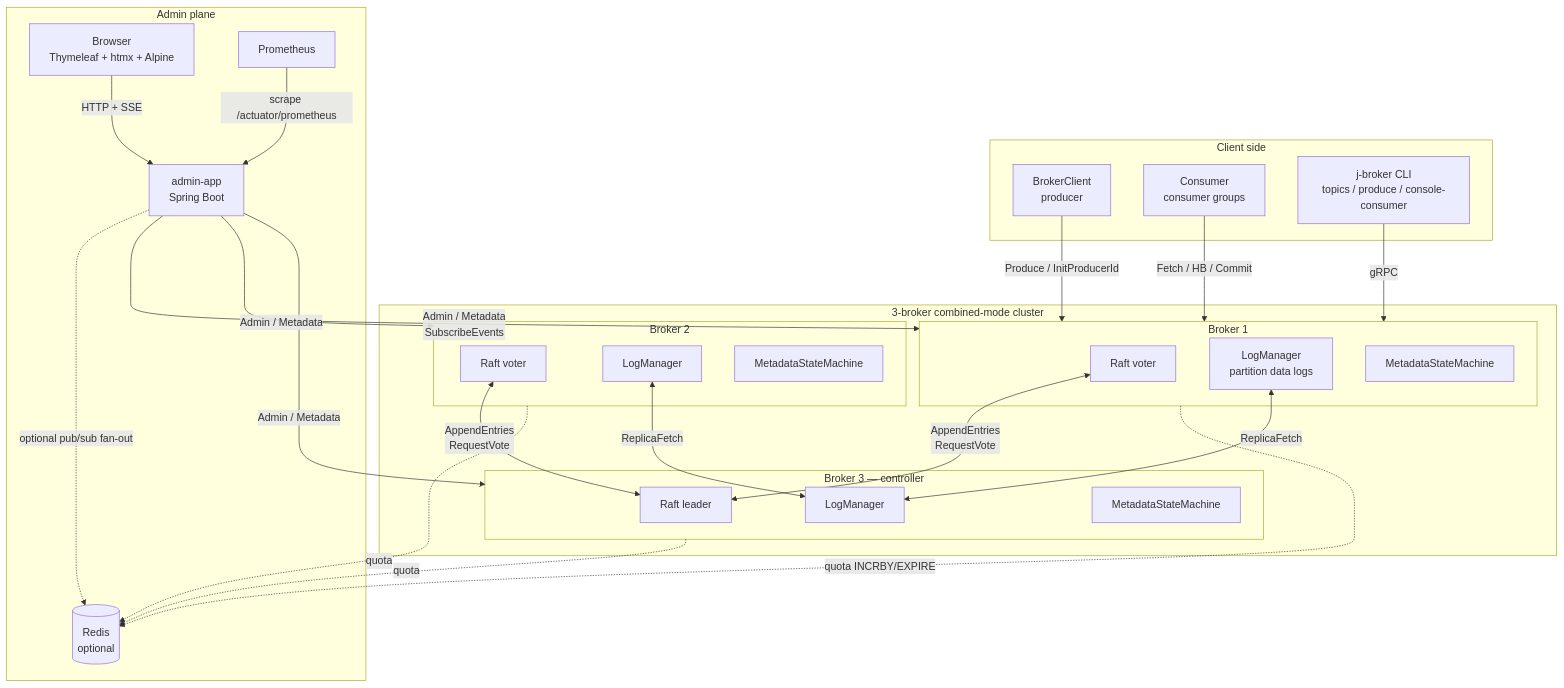
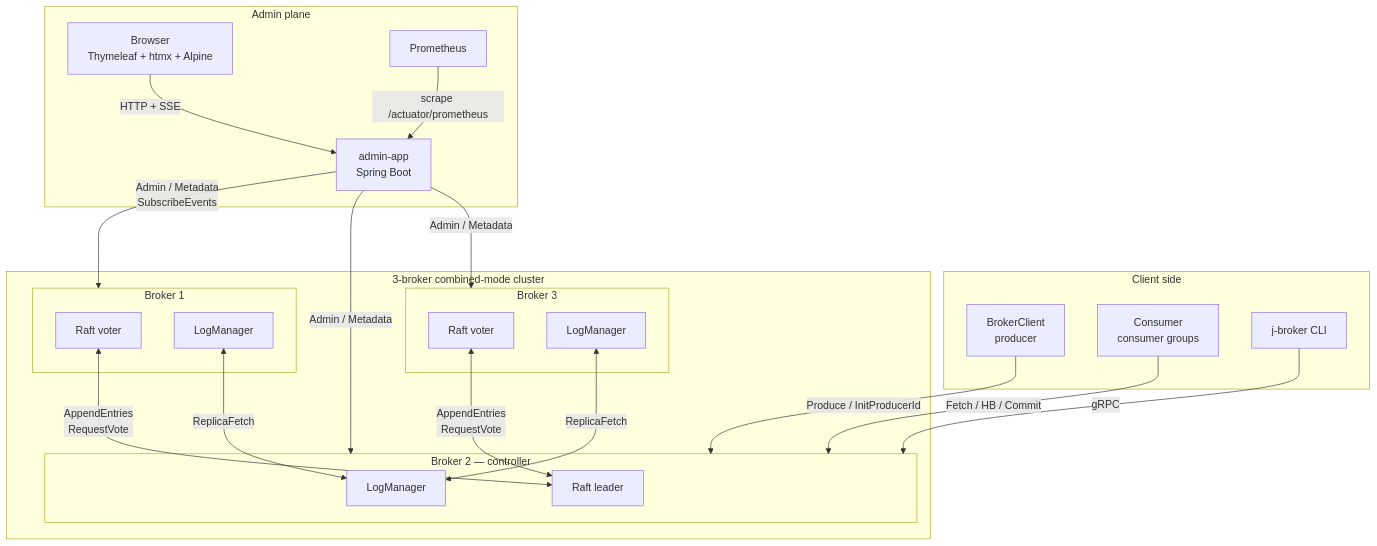
The diagram in README.md (jeremainecheong/j-broker), drawn with Mermaid before and after one commit. The commit also changed other lines of this file and 11 other files, not shown here.

````diff
--- a/README.md
+++ b/README.md
@@ -205,53 +116,42 @@
 ```mermaid
 flowchart TB
     subgraph ClientSide[Client side]
         Producer[BrokerClient<br/>producer]
         Consumer[Consumer<br/>consumer groups]
-        CLI[j-broker CLI<br/>topics / produce / console-consumer]
+        CLI[j-broker CLI]
     end
 
     subgraph Cluster[3-broker combined-mode cluster]
         subgraph Broker1[Broker 1]
             B1R[Raft voter]
-            B1L[LogManager<br/>partition data logs]
-            B1M[MetadataStateMachine]
+            B1L[LogManager]
         end
-        subgraph Broker2[Broker 2]
-            B2R[Raft voter]
+        subgraph Broker2[Broker 2 — controller]
+            B2R[Raft leader]
             B2L[LogManager]
-            B2M[MetadataStateMachine]
         end
-        subgraph Broker3[Broker 3 — controller]
-            B3R[Raft leader]
+        subgraph Broker3[Broker 3]
+            B3R[Raft voter]
             B3L[LogManager]
-            B3M[MetadataStateMachine]
         end
-        B1R <-->|AppendEntries<br/>RequestVote| B3R
-        B2R <-->|AppendEntries<br/>RequestVote| B3R
-        B1L <-->|ReplicaFetch| B3L
-        B2L <-->|ReplicaFetch| B3L
+        B1R <-->|AppendEntries<br/>RequestVote| B2R
+        B3R <-->|AppendEntries<br/>RequestVote| B2R
+        B1L <-->|ReplicaFetch| B2L
+        B3L <-->|ReplicaFetch| B2L
     end
 
     subgraph AdminSide[Admin plane]
         AdminApp[admin-app<br/>Spring Boot]
         Browser[Browser<br/>Thymeleaf + htmx + Alpine]
         Prom[Prometheus]
-        Redis[(Redis<br/>optional)]
     end
 
-    Producer -->|Produce / InitProducerId| Broker1
-    Consumer -->|Fetch / HB / Commit| Broker1
-    CLI -->|gRPC| Broker1
-
+    Producer -->|Produce / InitProducerId| Broker2
+    Consumer -->|Fetch / HB / Commit| Broker2
+    CLI -->|gRPC| Broker2
     AdminApp -->|Admin / Metadata<br/>SubscribeEvents| Broker1
     AdminApp -->|Admin / Metadata| Broker2
     AdminApp -->|Admin / Metadata| Broker3
-
     Browser -->|HTTP + SSE| AdminApp
     Prom -->|scrape /actuator/prometheus| AdminApp
-
-    AdminApp -.->|optional pub/sub fan-out| Redis
-    Broker1 -.->|quota INCRBY/EXPIRE| Redis
-    Broker2 -.->|quota| Redis
-    Broker3 -.->|quota| Redis
 ```
````
